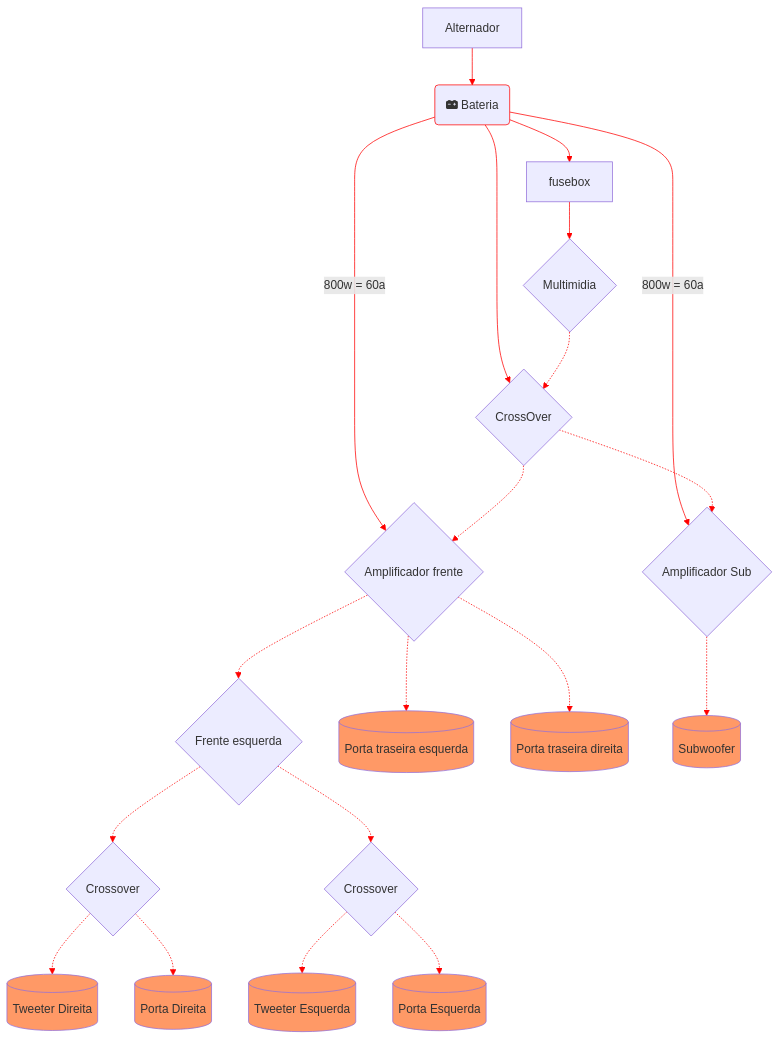
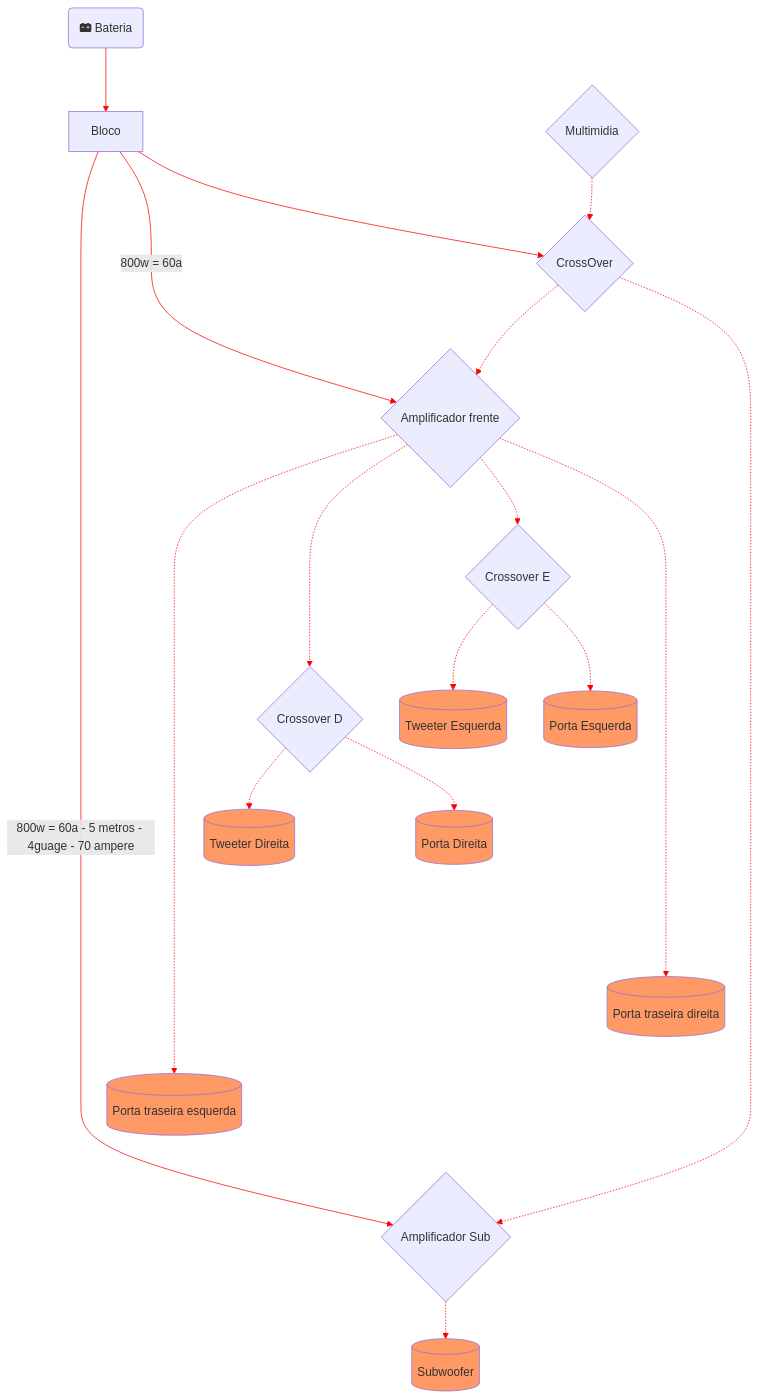
Before and after one commit to bolokoz/quartz: the diagram in content/sidequests/eletronica/Som automotivo.md, drawn with Mermaid. The commit also changed 24 other files, not shown here.

````diff
--- a/content/sidequests/eletronica/Som automotivo.md
+++ b/content/sidequests/eletronica/Som automotivo.md
@@ -32,17 +32,20 @@
 
         linkStyle default stroke:red
 
-        Alternador --> B:::positivo
+        %% Alternador --> B:::positivo
 
-        B(fa:fa-car-battery Bateria) --> fusebox --> M
+        B(fa:fa-car-battery Bateria)
 
-        B --> |800w = 60a| Ab{Amplificador Sub}
+        B --> Bloco
 
-        B --> |800w = 60a| Af
+        Bloco -----------> |800w = 60a - 5 metros - 4guage - 70 ampere| Ab{Amplificador Sub}
 
-        B --> C
+        Bloco --> |800w = 60a| Af
 
-  
+        Bloco --> C
+
+        C-.->Af
+
   
 
         %% Af ==> -
@@ -55,36 +58,51 @@
 
   
   
+  
+  
+  
+
+  
+  
+
+        C -.-> Ab
+
+        Ab -.-> S[(Subwoofer)]:::Falante
+
+  
+  
 
         M{Multimidia} -.-> C{CrossOver}
 
   
 
-        C-.->Af
+        Af{Amplificador frente}
 
-        Af{Amplificador frente} -.-> FD{Frente esquerda}
+        Af -.......-> TE[(Porta traseira esquerda)]:::Falante
 
-  
+        CFD
 
-        FD -.-> CFD{Crossover}
+        Af -..-> CFD
+
+        Af -.-> CFE
+
+        %% FD -.->
+
+        CFD{Crossover D}
 
         CFD -.-> TweeterD[(Tweeter Direita)]:::Falante
 
         CFD -.-> PortaD[(Porta Direita)]:::Falante
 
-        FD -.-> CFE{Crossover}
+        %% FD -.->
+
+        CFE{Crossover E}
 
         CFE -.-> TweeterE[(Tweeter Esquerda)]:::Falante
 
         CFE -.-> PortaE[(Porta Esquerda)]:::Falante
 
-        Af -.-> TE[(Porta traseira esquerda)]:::Falante
-
-        Af -.-> TD[(Porta traseira direita)]:::Falante
-
   
 
-        C -.-> Ab
-
-        Ab -.-> S[(Subwoofer)]:::Falante
+        Af -......-> TD[(Porta traseira direita)]:::Falante
 ```
````
